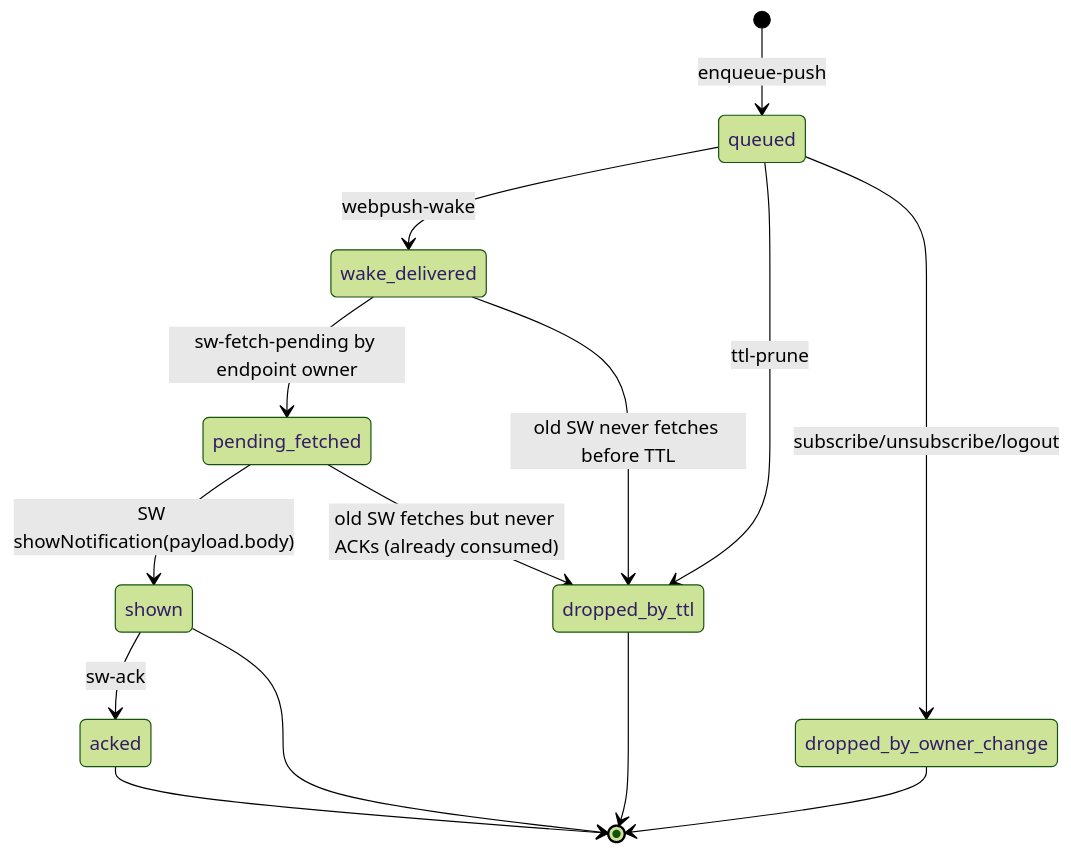
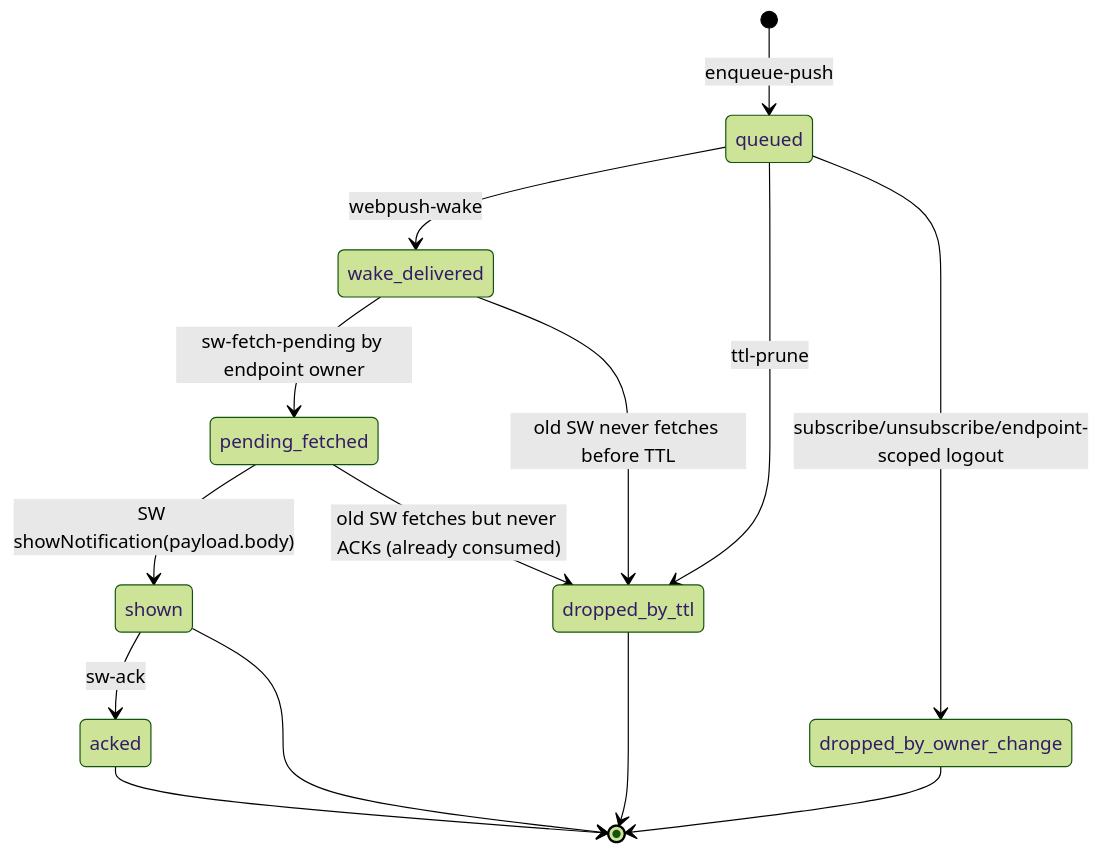
The eighth of 9 diagrams in docs/state-machines.md (tejasdc/chess-with-friends), drawn with Mermaid (forest theme) before and after one commit. The commit also changed other lines of this file and 21 other files, not shown here.

````diff
--- a/docs/state-machines.md
+++ b/docs/state-machines.md
@@ -802,16 +816,16 @@
 ```mermaid
 stateDiagram-v2
   [*] --> queued: enqueue-push
   queued --> wake_delivered: webpush-wake
   queued --> dropped_by_ttl: ttl-prune
-  queued --> dropped_by_owner_change: subscribe/unsubscribe/logout
+  queued --> dropped_by_owner_change: subscribe/unsubscribe/endpoint-scoped logout
   wake_delivered --> pending_fetched: sw-fetch-pending by endpoint owner
   wake_delivered --> dropped_by_ttl: old SW never fetches before TTL
   pending_fetched --> shown: SW showNotification(payload.body)
   pending_fetched --> dropped_by_ttl: old SW fetches but never ACKs (already consumed)
   shown --> acked: sw-ack
   shown --> [*]
   acked --> [*]
   dropped_by_ttl --> [*]
   dropped_by_owner_change --> [*]
 ```
````
